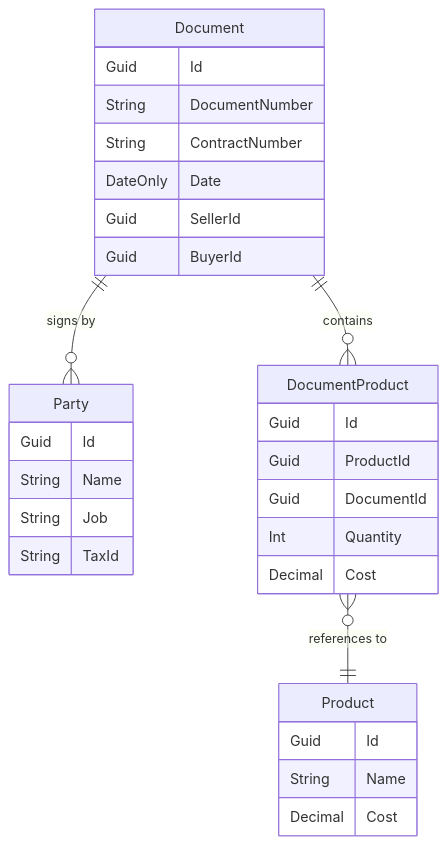
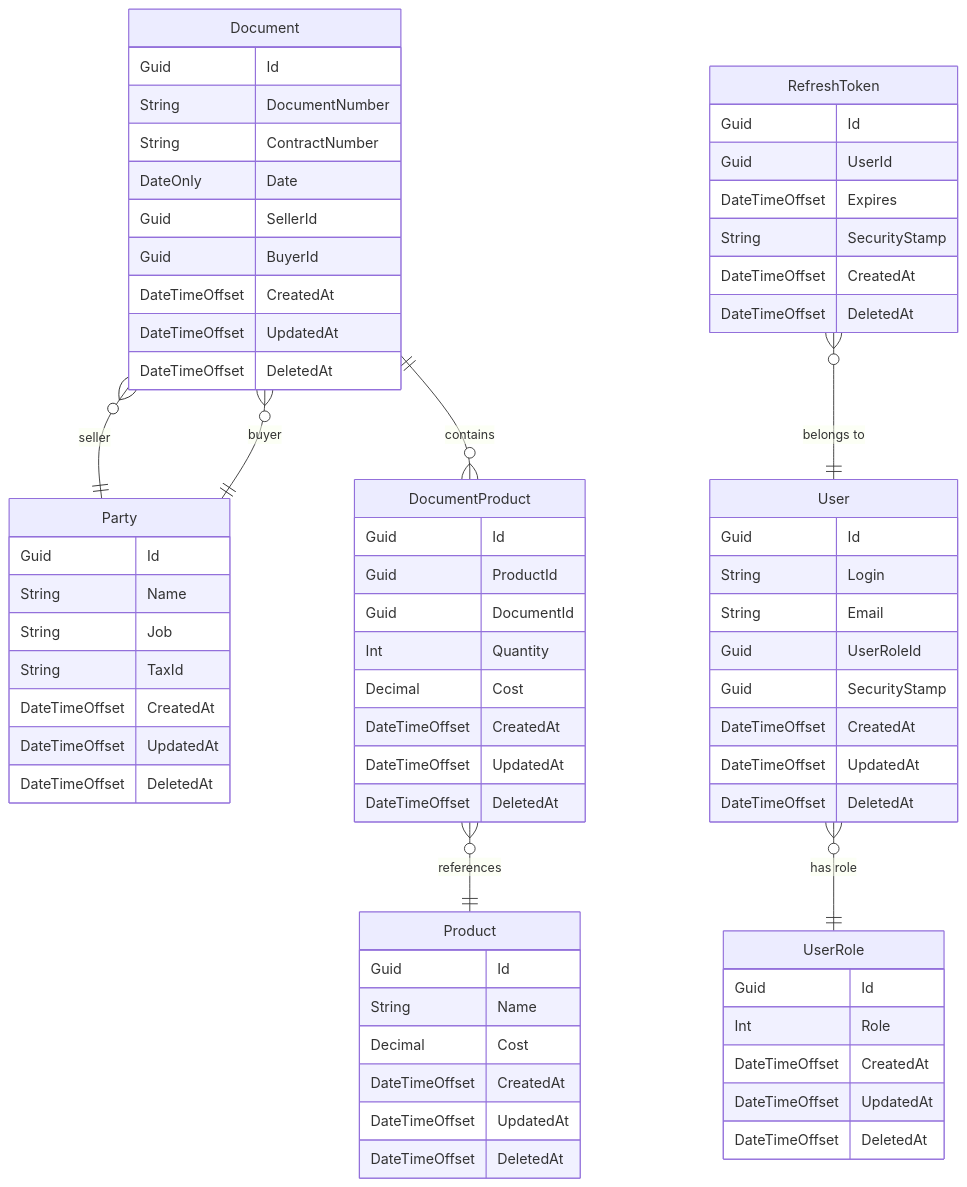
Before and after one commit to Karo4a/DocumentGenerator: the second of 2 diagrams in README.md, drawn with Mermaid. The commit also changed other lines of this file and 2 other files, not shown here.

Commit message:
update README.md and add LICENSE

````diff
--- a/README.md
+++ b/README.md
@@ -220,32 +234,72 @@
 ```mermaid
 erDiagram
   Party {
     Guid Id
     String Name
     String Job
     String TaxId
-   }
+    DateTimeOffset CreatedAt
+    DateTimeOffset UpdatedAt
+    DateTimeOffset DeletedAt
+  }
   Product {
     Guid Id
     String Name
     Decimal Cost
-   }
+    DateTimeOffset CreatedAt
+    DateTimeOffset UpdatedAt
+    DateTimeOffset DeletedAt
+  }
   DocumentProduct {
     Guid Id
     Guid ProductId
     Guid DocumentId
     Int Quantity
     Decimal Cost
-   }
+    DateTimeOffset CreatedAt
+    DateTimeOffset UpdatedAt
+    DateTimeOffset DeletedAt
+  }
   Document {
     Guid Id
     String DocumentNumber
     String ContractNumber
     DateOnly Date
     Guid SellerId
     Guid BuyerId
-   }
-  Document ||--o{ Party : "signs by"
-  DocumentProduct }o--|| Product : "references to"
-  Document ||--o{  DocumentProduct : "contains"
+    DateTimeOffset CreatedAt
+    DateTimeOffset UpdatedAt
+    DateTimeOffset DeletedAt
+  }
+  User {
+    Guid Id
+    String Login
+    String Email
+    Guid UserRoleId
+    Guid SecurityStamp
+    DateTimeOffset CreatedAt
+    DateTimeOffset UpdatedAt
+    DateTimeOffset DeletedAt
+  }
+  UserRole {
+    Guid Id
+    Int Role
+    DateTimeOffset CreatedAt
+    DateTimeOffset UpdatedAt
+    DateTimeOffset DeletedAt
+  }
+  RefreshToken {
+    Guid Id
+    Guid UserId
+    DateTimeOffset Expires
+    String SecurityStamp
+    DateTimeOffset CreatedAt
+    DateTimeOffset DeletedAt
+  }
+  Document }o--|| Party : "seller"
+  Document }o--|| Party : "buyer"
+  DocumentProduct }o--|| Product : "references"
+  Document ||--o{ DocumentProduct : "contains"
+  User }o--|| UserRole : "has role"
+  RefreshToken }o--|| User : "belongs to"
 ```
````
